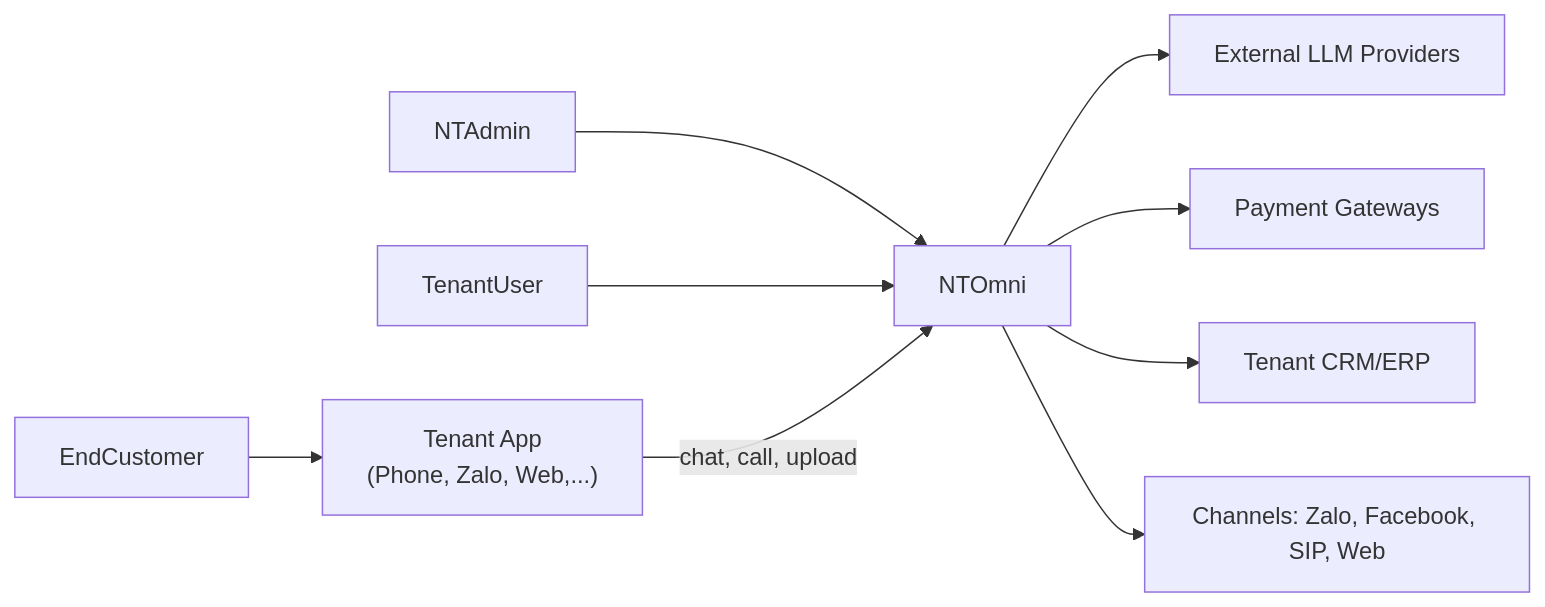
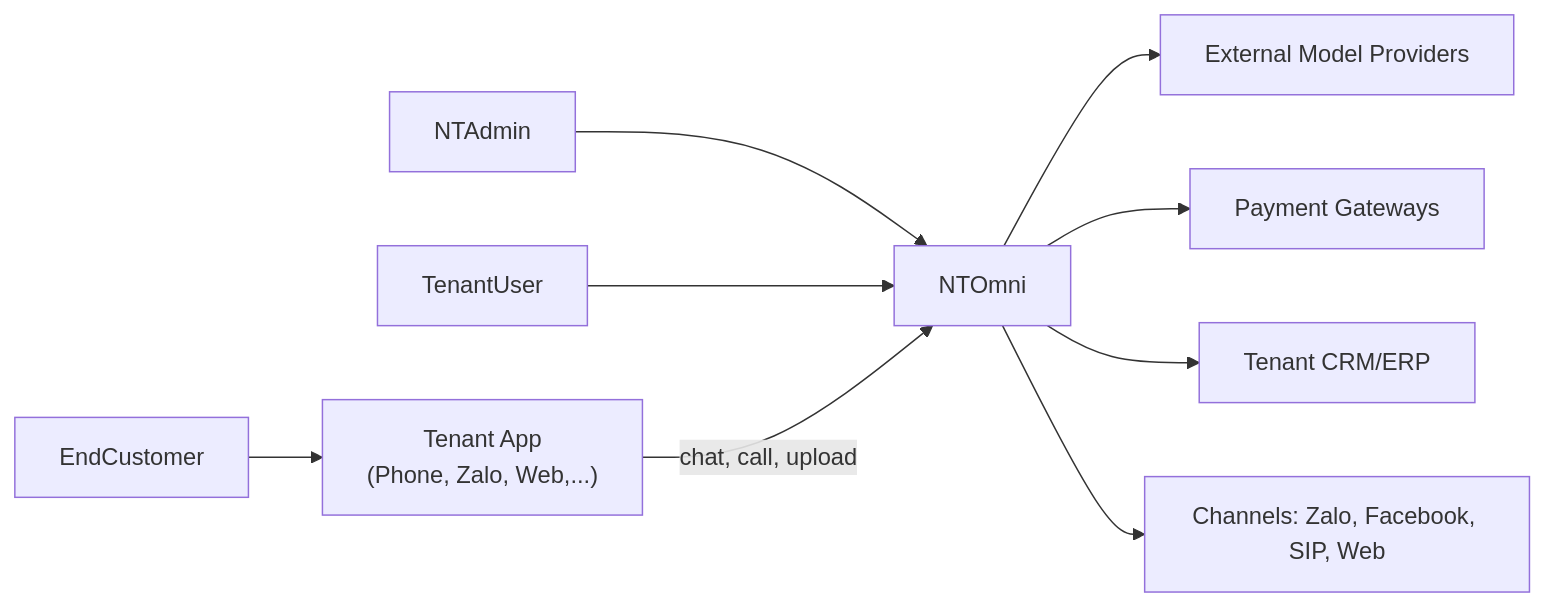
One commit to anhttmle/CAIO changed the first of 2 diagrams in NuiTruc/NT-Omni.md. Above: the diagram before and after it, drawn with Mermaid.

````diff
--- a/NuiTruc/NT-Omni.md
+++ b/NuiTruc/NT-Omni.md
@@ -4,11 +4,11 @@
 ```mermaid
 flowchart LR
   NTAdmin --> NTOmni
   TenantUser --> NTOmni
   EndCustomer --> TenantApp["Tenant App </br> (Phone, Zalo, Web,...)"]
   TenantApp --> |"chat, call, upload"| NTOmni
-  NTOmni --> ExternalLLM[External LLM Providers]
+  NTOmni --> ExternalLLM[External Model Providers]
   NTOmni --> PaymentGW[Payment Gateways]
   NTOmni --> TenantCRM[Tenant CRM/ERP]
   NTOmni --> Channels["Channels: Zalo, Facebook, SIP, Web"]
 ```
````
